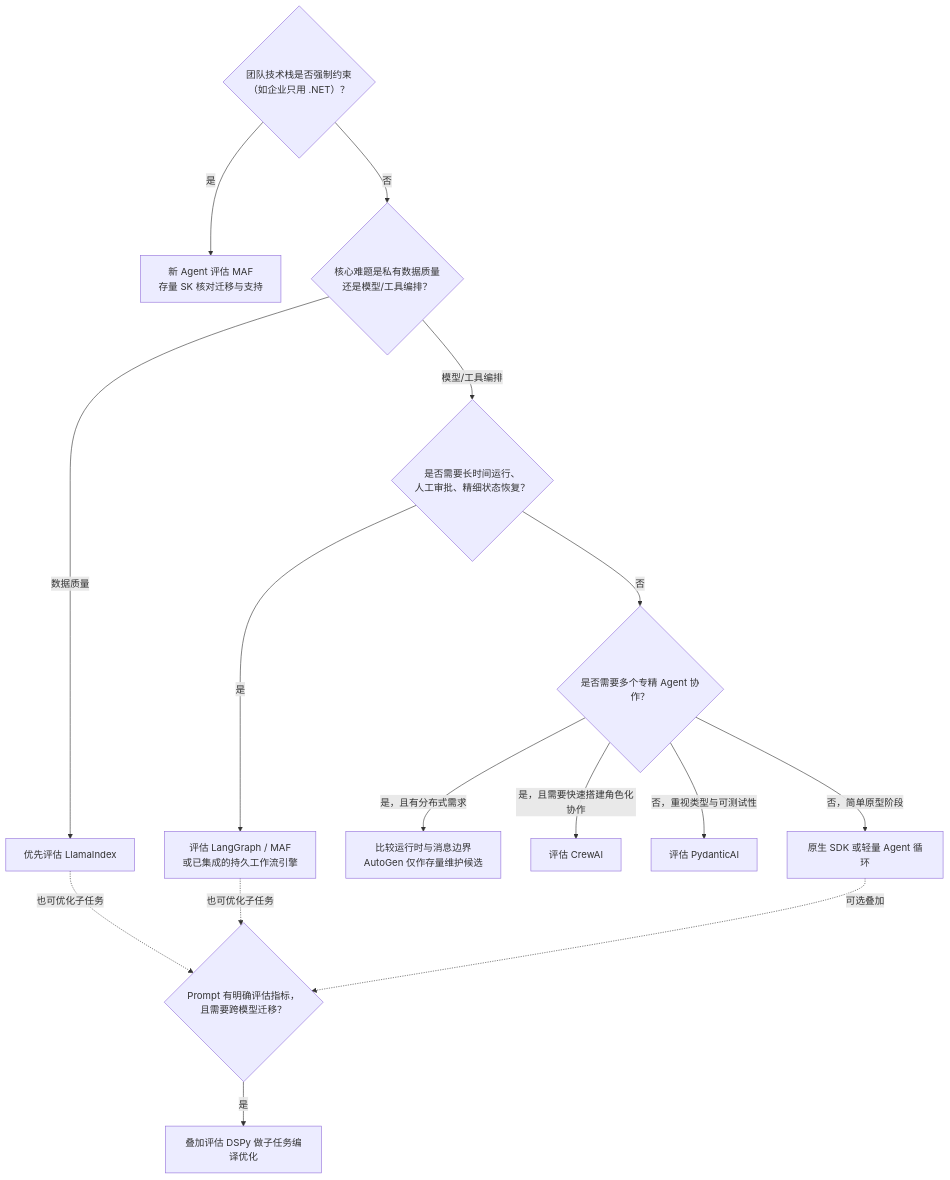
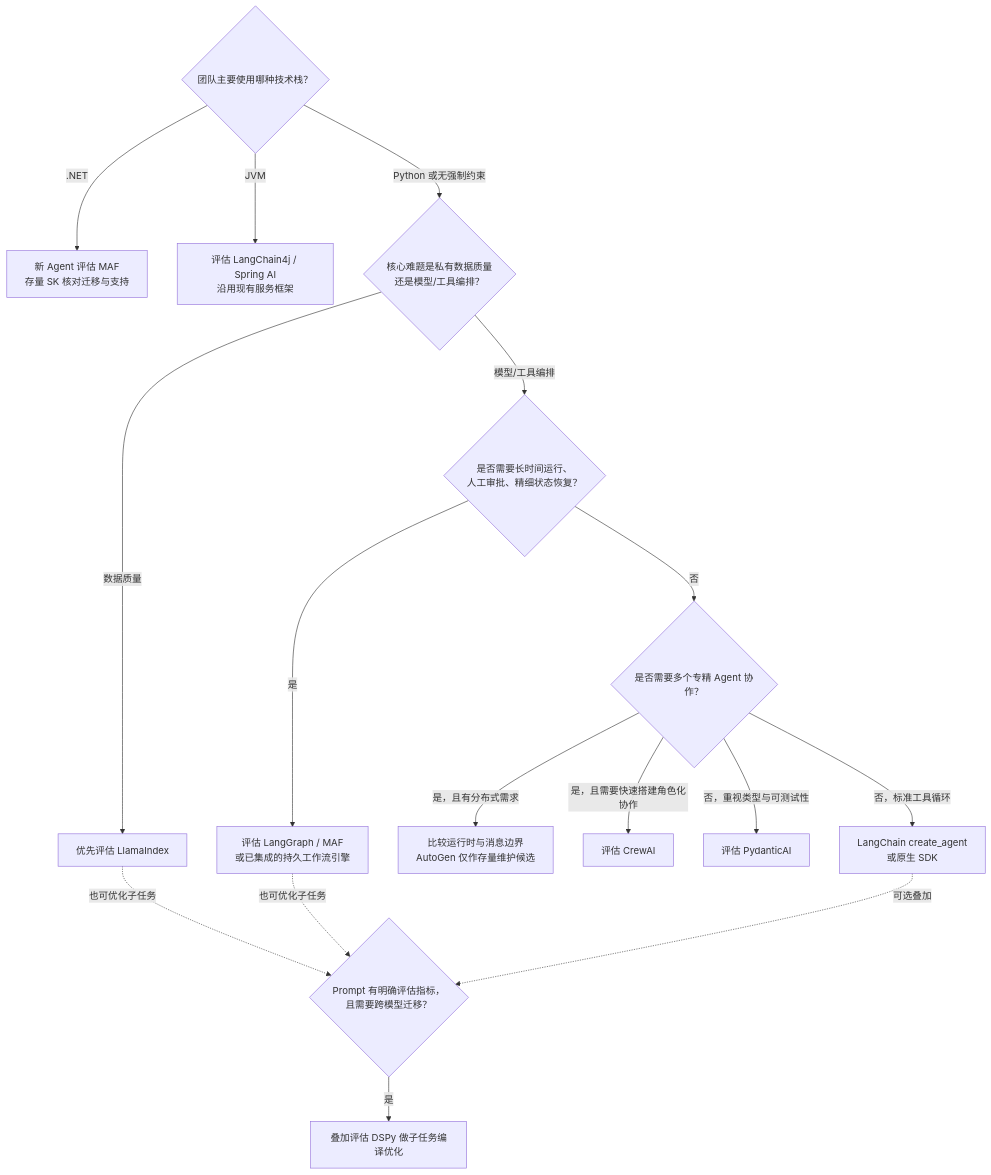
One commit to oneleaveknowsthefall/awesome-ai-roadmap changed the third of 4 diagrams in docs/frameworks/06-selection-portability/23-lockin-and-portable-architecture.md. Above: the diagram before and after it, drawn with Mermaid. The commit also changed other lines of this file and 27 other files, not shown here.

````diff
--- a/docs/frameworks/06-selection-portability/23-lockin-and-portable-architecture.md
+++ b/docs/frameworks/06-selection-portability/23-lockin-and-portable-architecture.md
@@ -60,19 +60,20 @@
 ```mermaid
 flowchart TB
-    Q1{"团队技术栈是否强制约束<br/>（如企业只用 .NET）？"}
-    Q1 -->|"是"| SK["新 Agent 评估 MAF<br/>存量 SK 核对迁移与支持"]
-    Q1 -->|"否"| Q2{"核心难题是私有数据质量<br/>还是模型/工具编排？"}
+    Q1{"团队主要使用哪种技术栈？"}
+    Q1 -->|".NET"| SK["新 Agent 评估 MAF<br/>存量 SK 核对迁移与支持"]
+    Q1 -->|"JVM"| JV["评估 LangChain4j / Spring AI<br/>沿用现有服务框架"]
+    Q1 -->|"Python 或无强制约束"| Q2{"核心难题是私有数据质量<br/>还是模型/工具编排？"}
     Q2 -->|"数据质量"| LI["优先评估 LlamaIndex"]
     Q2 -->|"模型/工具编排"| Q3{"是否需要长时间运行、<br/>人工审批、精细状态恢复？"}
     Q3 -->|"是"| LG["评估 LangGraph / MAF<br/>或已集成的持久工作流引擎"]
     Q3 -->|"否"| Q4{"是否需要多个专精 Agent 协作？"}
     Q4 -->|"是，且有分布式需求"| AG["比较运行时与消息边界<br/>AutoGen 仅作存量维护候选"]
     Q4 -->|"是，且需要快速搭建角色化协作"| CR["评估 CrewAI"]
     Q4 -->|"否，重视类型与可测试性"| PA["评估 PydanticAI"]
-    Q4 -->|"否，简单原型阶段"| LC["原生 SDK 或轻量 Agent 循环"]
+    Q4 -->|"否，标准工具循环"| LC["LangChain create_agent<br/>或原生 SDK"]
     Q5{"Prompt 有明确评估指标，<br/>且需要跨模型迁移？"}
     LC -.可选叠加.-> Q5
     LI -.也可优化子任务.-> Q5
     LG -.也可优化子任务.-> Q5
     Q5 -->|"是"| DS["叠加评估 DSPy 做子任务编译优化"]
 ```
````
